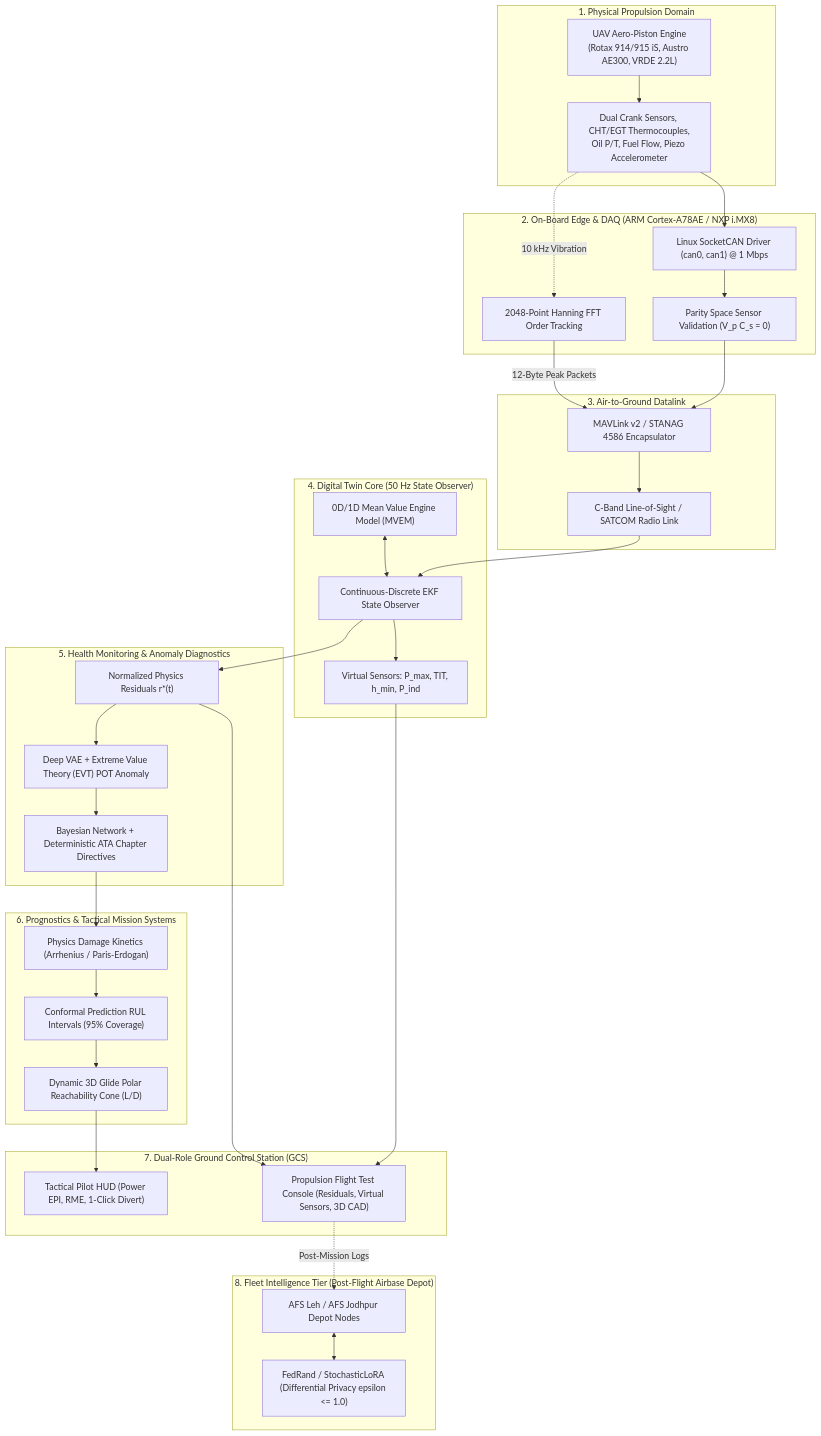
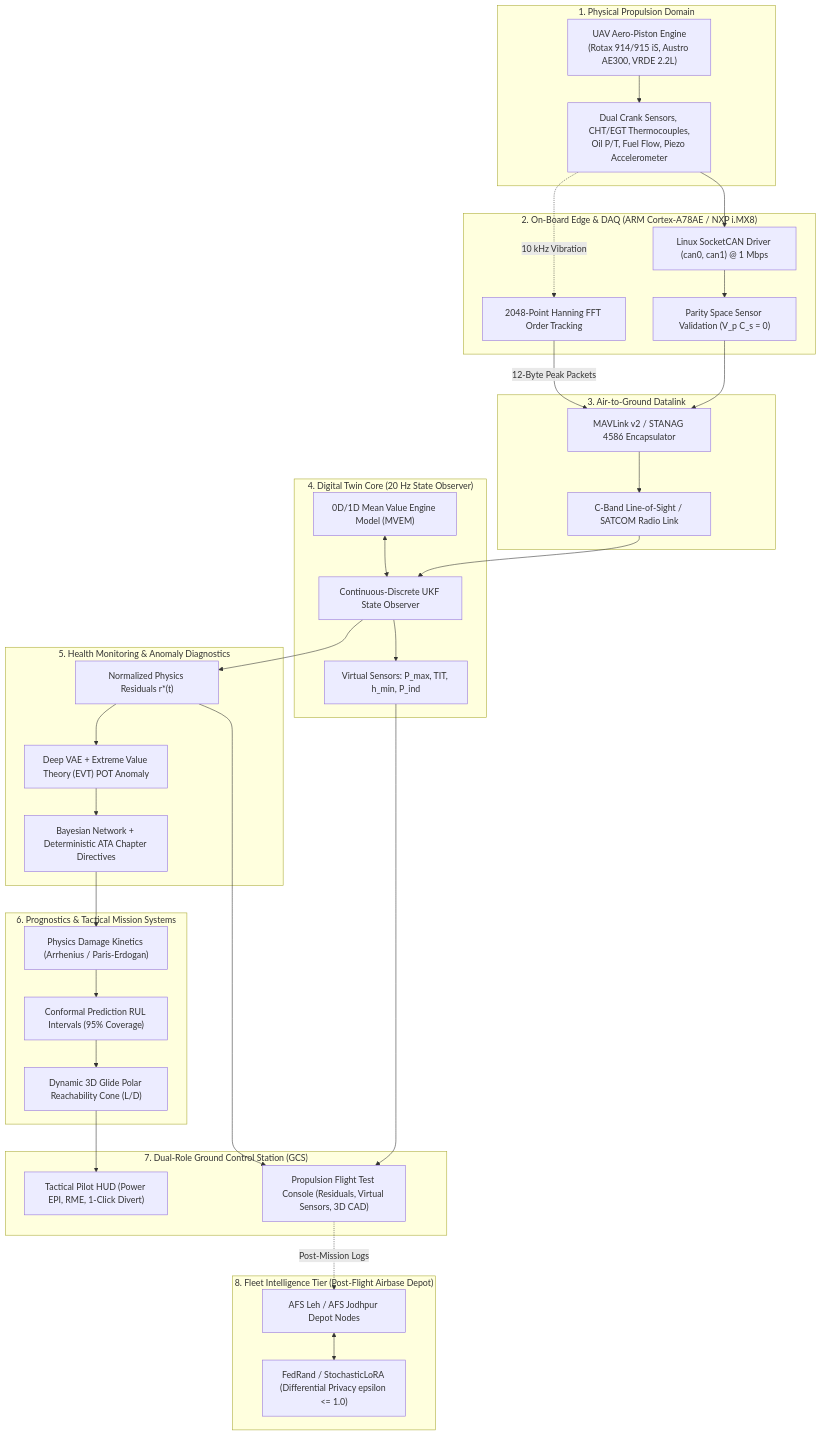
The first of 5 diagrams in docs_site/technical/04-system-architecture.md (Aayush-Deshpande/Maverick), drawn with Mermaid before and after one commit. The commit also changed other lines of this file and 9 other files, not shown here.

Commit message:
DOC-05: de-slop and synchronize technical documentation with real 20 Hz multi-physics UKF, SAE J1939 CAN bus, and 3D viewport architecture

````diff
--- a/docs_site/technical/04-system-architecture.md
+++ b/docs_site/technical/04-system-architecture.md
@@ -11,67 +11,67 @@
 ```mermaid
 flowchart TB
     subgraph Tier1["1. Physical Propulsion Domain"]
         Eng["UAV Aero-Piston Engine<br/>(Rotax 914/915 iS, Austro AE300, VRDE 2.2L)"]
         Sensors["Dual Crank Sensors, CHT/EGT Thermocouples,<br/>Oil P/T, Fuel Flow, Piezo Accelerometer"]
         Eng --> Sensors
     end
 
     subgraph Tier2["2. On-Board Edge & DAQ (ARM Cortex-A78AE / NXP i.MX8)"]
         SocketCAN["Linux SocketCAN Driver (can0, can1) @ 1 Mbps"]
         Parity["Parity Space Sensor Validation (V_p C_s = 0)"]
         FFT["2048-Point Hanning FFT Order Tracking"]
         Sensors --> SocketCAN
         SocketCAN --> Parity
         Sensors -.->|10 kHz Vibration| FFT
     end
 
     subgraph Tier3["3. Air-to-Ground Datalink"]
         Encaps["MAVLink v2 / STANAG 4586 Encapsulator"]
         Link["C-Band Line-of-Sight / SATCOM Radio Link"]
         Parity --> Encaps
         FFT -->|12-Byte Peak Packets| Encaps
         Encaps --> Link
     end
 
-    subgraph Tier4["4. Digital Twin Core (50 Hz State Observer)"]
+    subgraph Tier4["4. Digital Twin Core (20 Hz State Observer)"]
         MVEM["0D/1D Mean Value Engine Model (MVEM)"]
-        EKF["Continuous-Discrete EKF State Observer"]
+        UKF["Continuous-Discrete UKF State Observer"]
         VirtSens["Virtual Sensors: P_max, TIT, h_min, P_ind"]
-        Link --> EKF
-        MVEM <--> EKF
-        EKF --> VirtSens
+        Link --> UKF
+        MVEM <--> UKF
+        UKF --> VirtSens
     end
 
     subgraph Tier5["5. Health Monitoring & Anomaly Diagnostics"]
         Resid["Normalized Physics Residuals r*(t)"]
         VAE["Deep VAE + Extreme Value Theory (EVT) POT Anomaly"]
         FMECA["Bayesian Network + Deterministic ATA Chapter Directives"]
-        EKF --> Resid
+        UKF --> Resid
         Resid --> VAE
         VAE --> FMECA
     end
 
     subgraph Tier6["6. Prognostics & Tactical Mission Systems"]
         Weiner["Physics Damage Kinetics (Arrhenius / Paris-Erdogan)"]
         ConfRUL["Conformal Prediction RUL Intervals (95% Coverage)"]
         Glide["Dynamic 3D Glide Polar Reachability Cone (L/D)"]
         FMECA --> Weiner
         Weiner --> ConfRUL
         ConfRUL --> Glide
     end
 
     subgraph Tier7["7. Dual-Role Ground Control Station (GCS)"]
         PilotHUD["Tactical Pilot HUD (Power EPI, RME, 1-Click Divert)"]
         EngConsole["Propulsion Flight Test Console (Residuals, Virtual Sensors, 3D CAD)"]
         Glide --> PilotHUD
         VirtSens --> EngConsole
         Resid --> EngConsole
     end
 
     subgraph Tier8["8. Fleet Intelligence Tier (Post-Flight Airbase Depot)"]
         Depot["AFS Leh / AFS Jodhpur Depot Nodes"]
         FL["FedRand / StochasticLoRA (Differential Privacy epsilon <= 1.0)"]
         EngConsole -.->|Post-Mission Logs| Depot
         Depot <--> FL
     end
 ```
````
